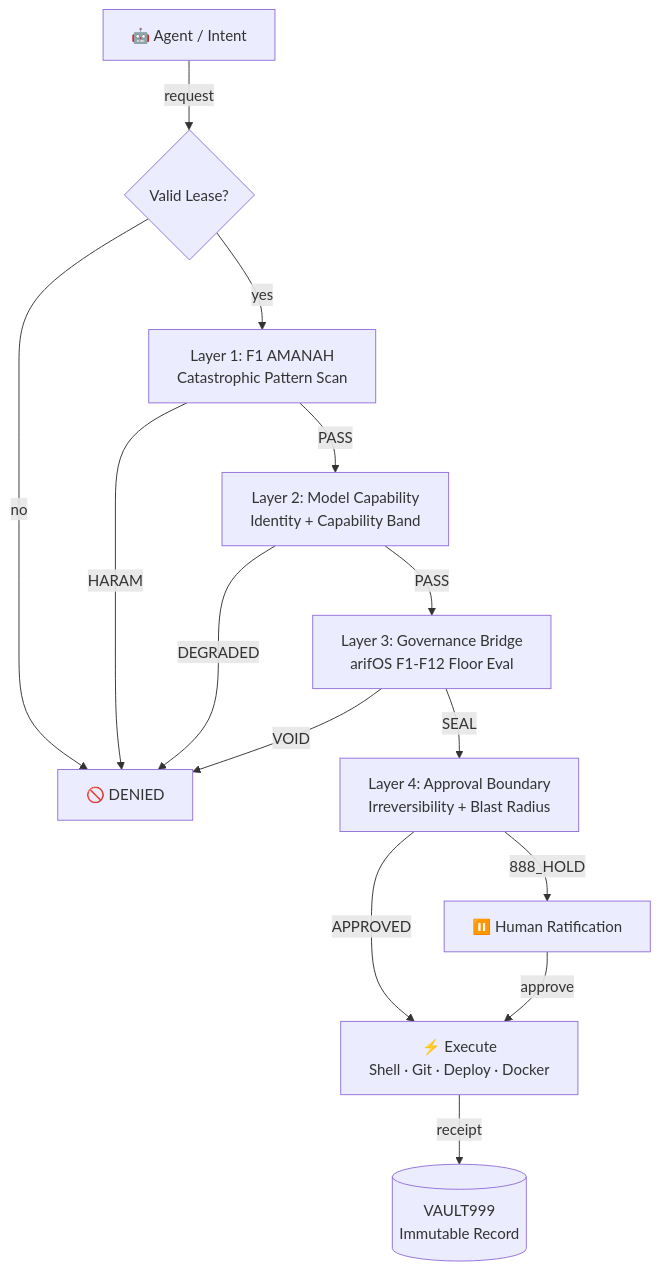
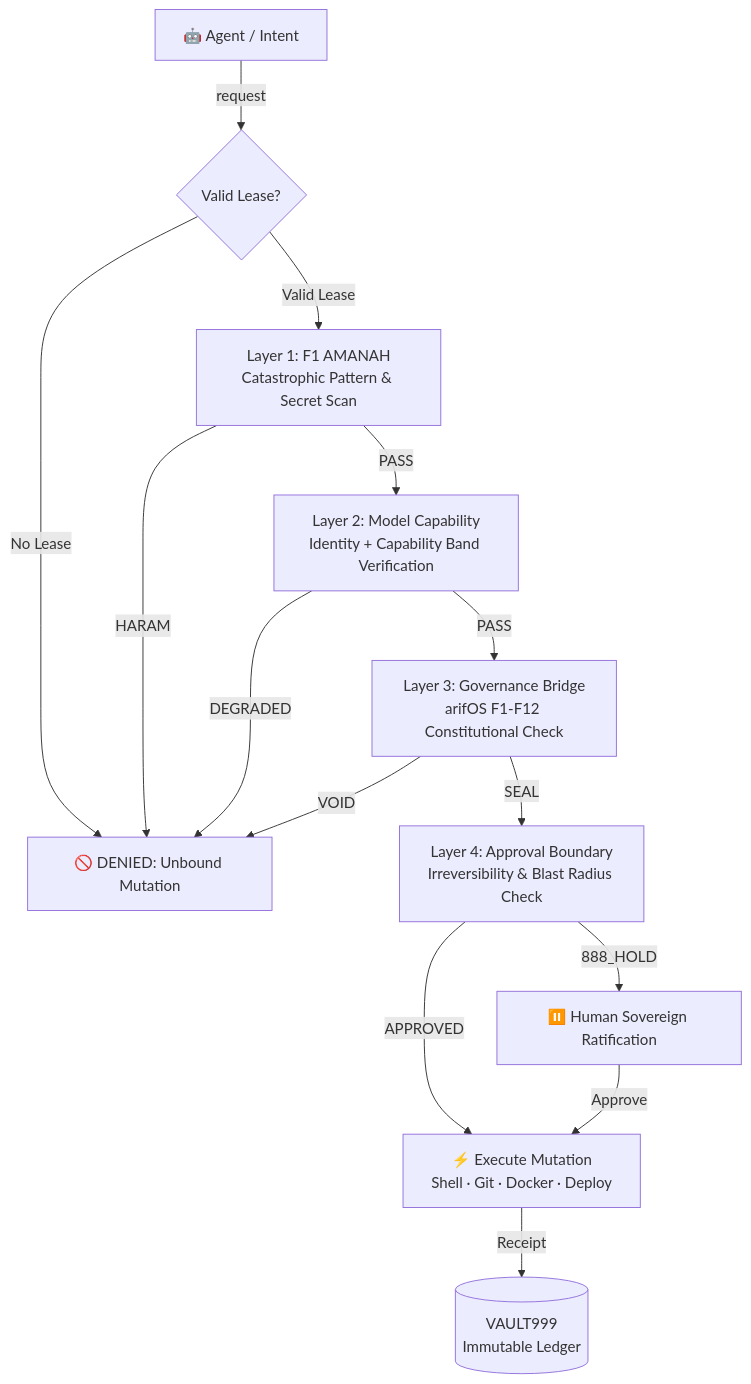
One commit to ariffazil/A-FORGE changed the diagram in README.md. Above: the diagram before and after it, drawn with Mermaid. The commit also changed other lines of this file, not shown here.

Commit message:
docs: refactor A-FORGE README to reflect 131 live MCP tools, 4-layer forge gate, Gödel Lock, and SOT alignment

````diff
--- a/README.md
+++ b/README.md
@@ -118,16 +35,16 @@
 ```mermaid
 graph TB
     AGENT[🤖 Agent / Intent] -->|request| LEASE{Valid Lease?}
-    LEASE -->|no| BLOCK[🚫 DENIED]
-    LEASE -->|yes| L1[Layer 1: F1 AMANAH<br/>Catastrophic Pattern Scan]
+    LEASE -->|No Lease| BLOCK[🚫 DENIED: Unbound Mutation]
+    LEASE -->|Valid Lease| L1[Layer 1: F1 AMANAH<br/>Catastrophic Pattern & Secret Scan]
     L1 -->|HARAM| BLOCK
-    L1 -->|PASS| L2[Layer 2: Model Capability<br/>Identity + Capability Band]
+    L1 -->|PASS| L2[Layer 2: Model Capability<br/>Identity + Capability Band Verification]
     L2 -->|DEGRADED| BLOCK
-    L2 -->|PASS| L3[Layer 3: Governance Bridge<br/>arifOS F1-F12 Floor Eval]
+    L2 -->|PASS| L3[Layer 3: Governance Bridge<br/>arifOS F1-F12 Constitutional Check]
     L3 -->|VOID| BLOCK
-    L3 -->|SEAL| L4[Layer 4: Approval Boundary<br/>Irreversibility + Blast Radius]
-    L4 -->|888_HOLD| HOLD[⏸️ Human Ratification]
-    L4 -->|APPROVED| EXEC[⚡ Execute<br/>Shell · Git · Deploy · Docker]
-    EXEC -->|receipt| VAULT[(VAULT999<br/>Immutable Record)]
-    HOLD -->|approve| EXEC
+    L3 -->|SEAL| L4[Layer 4: Approval Boundary<br/>Irreversibility & Blast Radius Check]
+    L4 -->|888_HOLD| HOLD[⏸️ Human Sovereign Ratification]
+    L4 -->|APPROVED| EXEC[⚡ Execute Mutation<br/>Shell · Git · Docker · Deploy]
+    EXEC -->|Receipt| VAULT[(VAULT999<br/>Immutable Ledger)]
+    HOLD -->|Approve| EXEC
 ```
````
